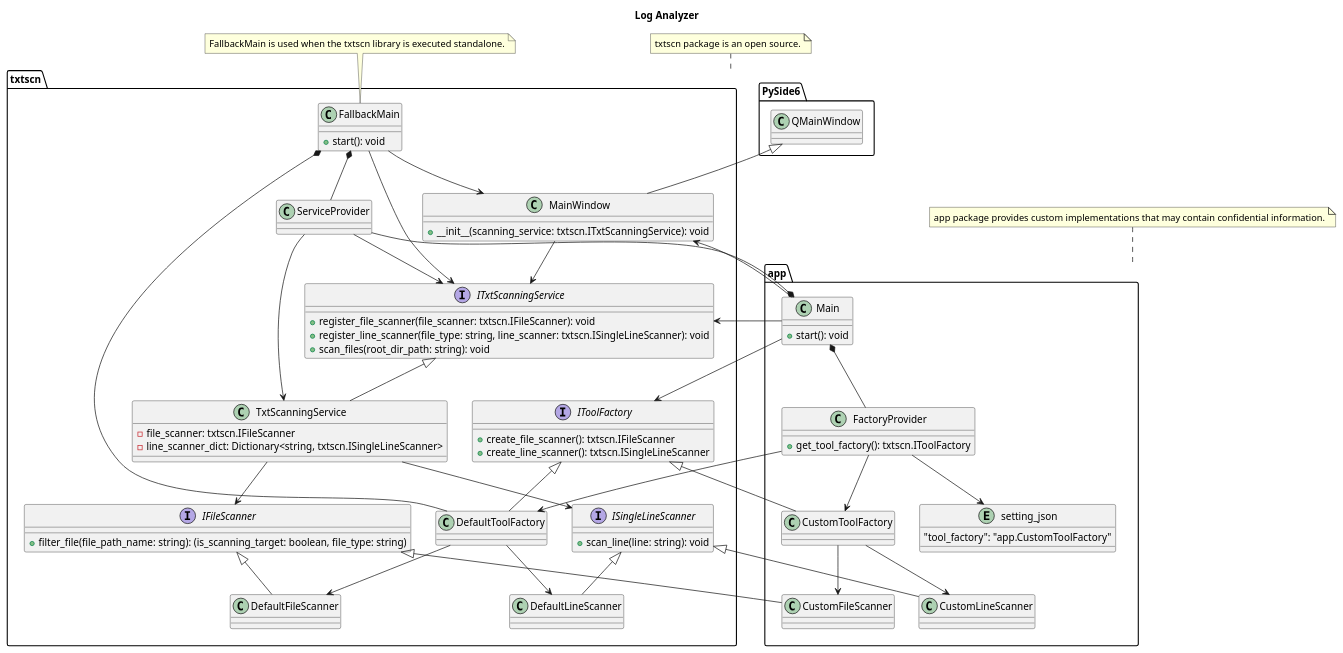
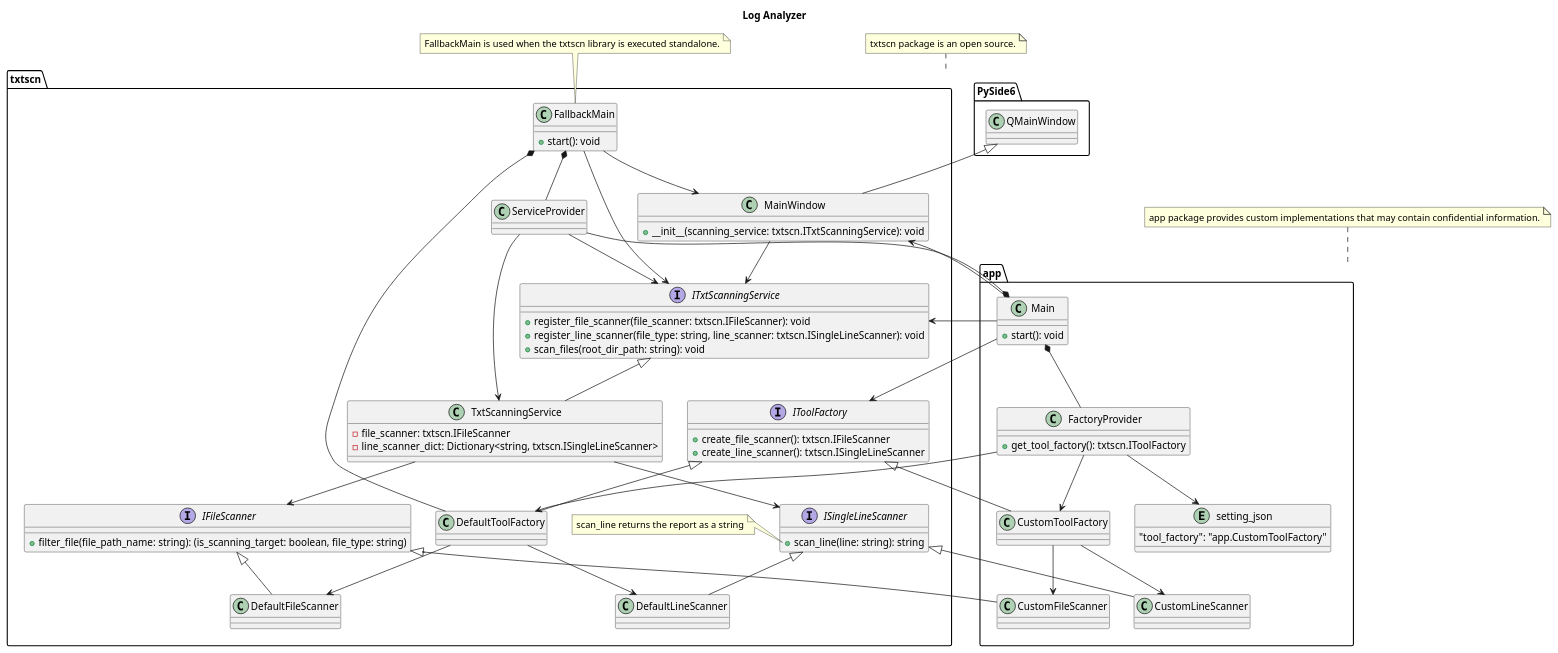
The diagram in doc/log_analyzer.puml (Takayoshi-Matsuyama/log_analyzer), drawn with PlantUML before and after one commit.

Commit message:
Updated - class diagram

```diff
--- a/doc/log_analyzer.puml
+++ b/doc/log_analyzer.puml
@@ -1,134 +1,138 @@
 @startuml log_analyzer
 
 'Copyright 2026 Takayoshi Matsuyama
 '
 'Licensed under the Apache License, Version 2.0 (the "License");
 'you may not use this file except in compliance with the License.
 'You may obtain a copy of the License at
 '
 '    http://www.apache.org/licenses/LICENSE-2.0
 '
 'Unless required by applicable law or agreed to in writing, software
 'distributed under the License is distributed on an "AS IS" BASIS,
 'WITHOUT WARRANTIES OR CONDITIONS OF ANY KIND, either express or implied.
 'See the License for the specific language governing permissions and
 'limitations under the License.
 
 title Log Analyzer
 
 interface txtscn.IFileScanner
 {
     +filter_file(file_path_name: string): (is_scanning_target: boolean, file_type: string)
 }
 
 class txtscn.DefaultFileScanner {}
 class app.CustomFileScanner {}
 
 txtscn.IFileScanner <|-- txtscn.DefaultFileScanner
 txtscn.IFileScanner <|-- app.CustomFileScanner
 
 interface txtscn.ISingleLineScanner
 {
-    +scan_line(line: string): void
+    +scan_line(line: string): string
 }
+
+note left of txtscn.ISingleLineScanner::scan_line
+    scan_line returns the report as a string
+end note
 
 class txtscn.DefaultLineScanner {}
 class app.CustomLineScanner {}
 
 txtscn.ISingleLineScanner <|-- txtscn.DefaultLineScanner
 txtscn.ISingleLineScanner <|-- app.CustomLineScanner
 
 interface txtscn.IToolFactory
 {
     +create_file_scanner(): txtscn.IFileScanner
     +create_line_scanner(): txtscn.ISingleLineScanner
 }
 
 class txtscn.DefaultToolFactory {}
 class app.CustomToolFactory {}
 
 txtscn.IToolFactory <|-- txtscn.DefaultToolFactory
 txtscn.IToolFactory <|-- app.CustomToolFactory
 
 txtscn.DefaultToolFactory --> txtscn.DefaultFileScanner
 txtscn.DefaultToolFactory --> txtscn.DefaultLineScanner
 
 app.CustomToolFactory --> app.CustomFileScanner
 app.CustomToolFactory --> app.CustomLineScanner
 
 interface txtscn.ITxtScanningService
 {
     +register_file_scanner(file_scanner: txtscn.IFileScanner): void
     +register_line_scanner(file_type: string, line_scanner: txtscn.ISingleLineScanner): void
     +scan_files(root_dir_path: string): void
 }
 
 class txtscn.TxtScanningService
 {
     -file_scanner: txtscn.IFileScanner
     -line_scanner_dict: Dictionary<string, txtscn.ISingleLineScanner>
 }
 
 txtscn.ITxtScanningService <|-- txtscn.TxtScanningService
 txtscn.TxtScanningService --> txtscn.IFileScanner
 txtscn.TxtScanningService --> txtscn.ISingleLineScanner
 
 class PySide6.QMainWindow {}
 
 class txtscn.MainWindow
 {
     + __init__(scanning_service: txtscn.ITxtScanningService): void
 }
 
 PySide6.QMainWindow <|-- txtscn.MainWindow
 
 class txtscn.ServiceProvider {}
 
 txtscn.ServiceProvider --> txtscn.ITxtScanningService
 txtscn.ServiceProvider --> txtscn.TxtScanningService
 
 entity app.setting_json
 {
     "tool_factory": "app.CustomToolFactory"
 }
 
 class app.FactoryProvider
  {
     +get_tool_factory(): txtscn.IToolFactory
 }
 
 app.FactoryProvider --> app.setting_json
 app.FactoryProvider --> txtscn.DefaultToolFactory
 app.FactoryProvider --> app.CustomToolFactory
 
 class txtscn.FallbackMain
 {
     + start(): void
 }
 
 txtscn.FallbackMain *-- txtscn.ServiceProvider
 txtscn.FallbackMain *-- txtscn.DefaultToolFactory
 txtscn.FallbackMain --> txtscn.ITxtScanningService
 txtscn.FallbackMain --> txtscn.MainWindow
 
 note "FallbackMain is used when the txtscn library is executed standalone." as N1
 N1 .. txtscn.FallbackMain
 
 class app.Main
 {
     + start(): void
 }
 
 app.Main *-- app.FactoryProvider
 app.Main *-- txtscn.ServiceProvider
 app.Main --> txtscn.IToolFactory
 app.Main --> txtscn.ITxtScanningService
 app.Main --> txtscn.MainWindow
 txtscn.MainWindow --> txtscn.ITxtScanningService
 
 note "txtscn package is an open source." as N2
 N2 .. txtscn
 note "app package provides custom implementations that may contain confidential information." as N3
 N3 .. app
 
 @enduml
```
